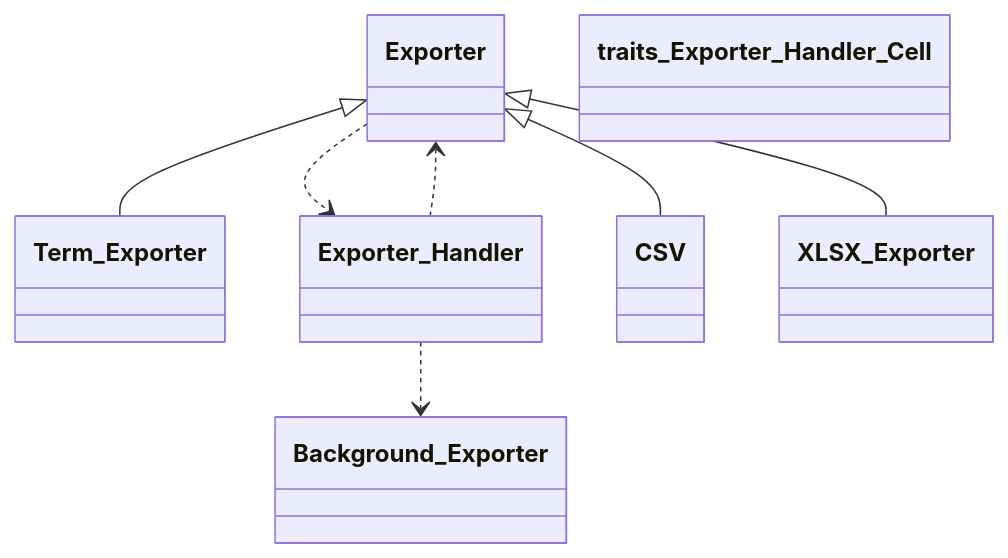
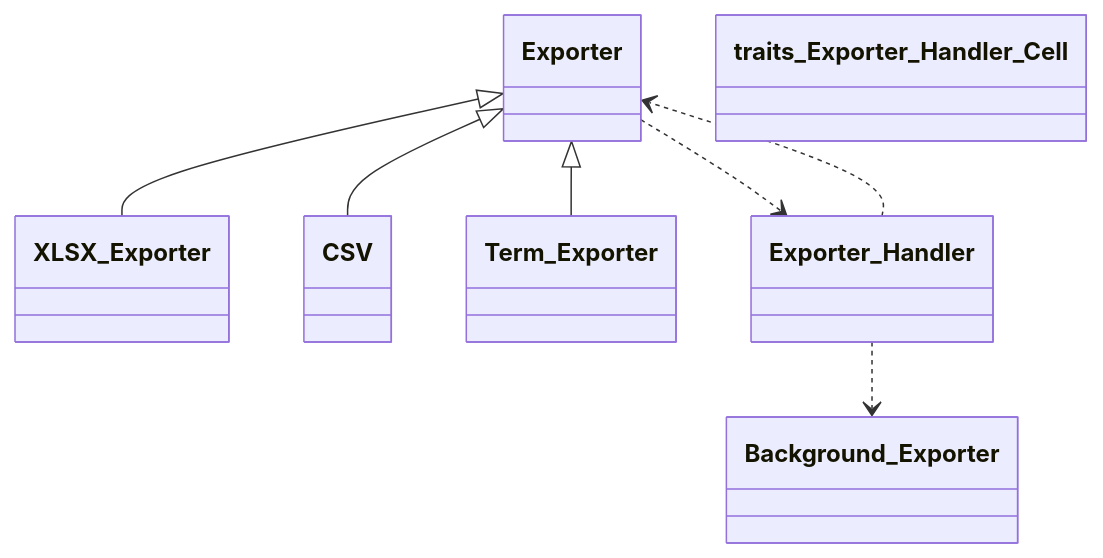
Before and after one commit to tainacan/tainacan: the fifth of 13 diagrams in docs/phpdoc/Home.md, drawn with Mermaid. The commit also changed other lines of this file and 74 other files, not shown here.

````diff
--- a/docs/phpdoc/Home.md
+++ b/docs/phpdoc/Home.md
@@ -428,17 +428,17 @@
 ```mermaid
 classDiagram
     direction TB
+    class XLSX_Exporter { }
+    class CSV { }
+    class Exporter { }
+    class Term_Exporter { }
     class Background_Exporter { }
-    class Term_Exporter { }
-    class Exporter { }
     class Exporter_Handler { }
-    class CSV { }
-    class XLSX_Exporter { }
     class traits_Exporter_Handler_Cell { }
     Exporter ..> Exporter_Handler
     Exporter <|-- CSV
     Exporter <|-- Term_Exporter
     Exporter <|-- XLSX_Exporter
     Exporter_Handler ..> Background_Exporter
     Exporter_Handler ..> Exporter
 ```
````
